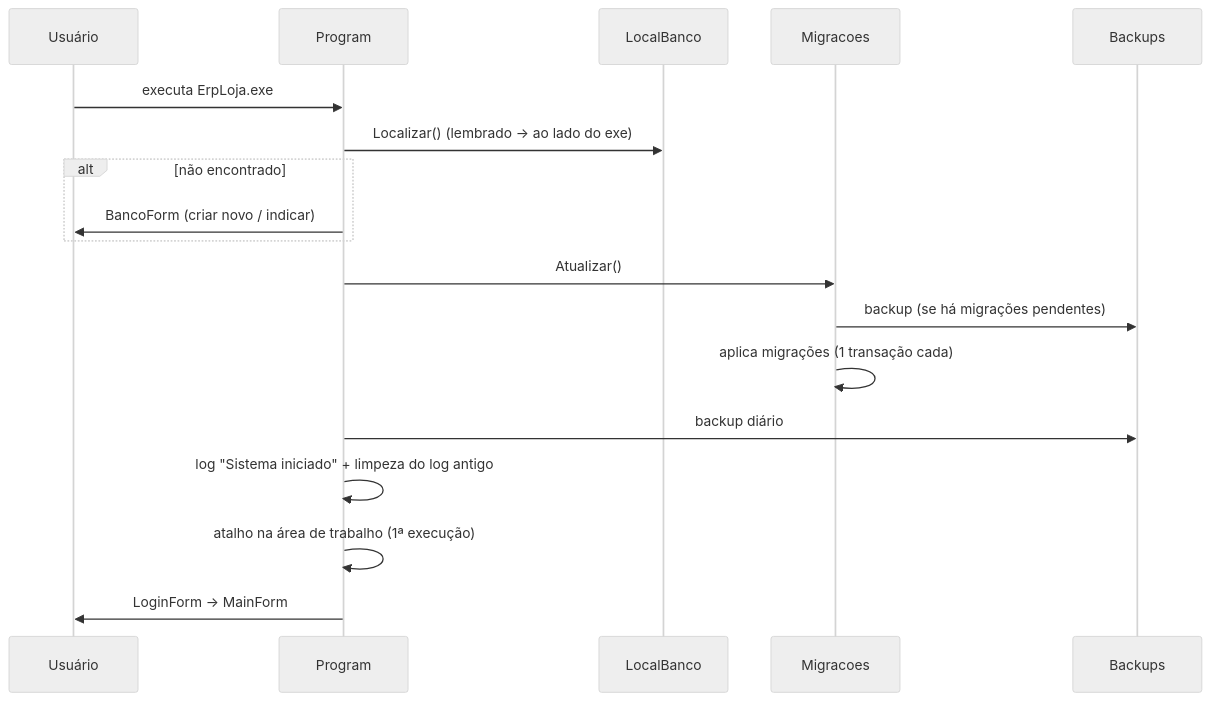
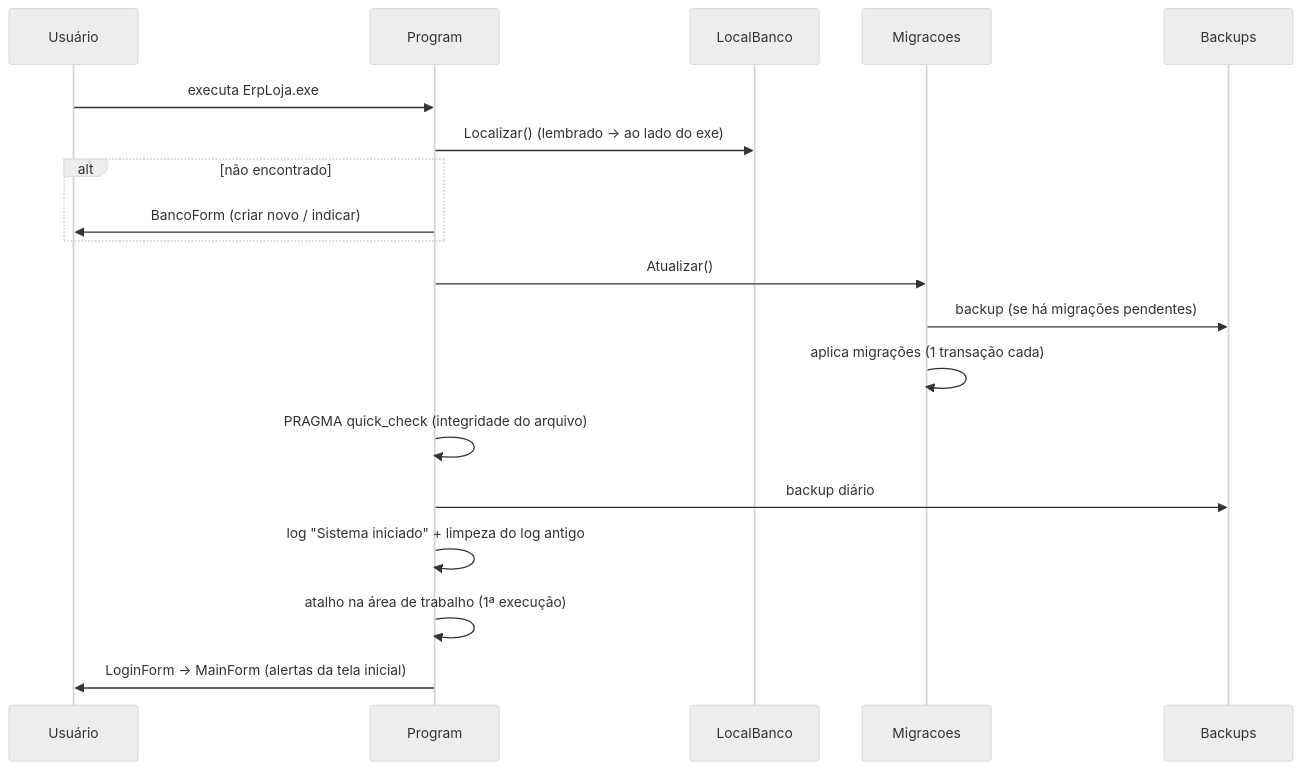
One commit to thales-fratarcangeli/erp_completo changed the fourth of 5 diagrams in docs/05-arquitetura.md. Above: the diagram before and after it, drawn with Mermaid (neutral theme). The commit also changed other lines of this file and 37 other files, not shown here.

````diff
--- a/docs/05-arquitetura.md
+++ b/docs/05-arquitetura.md
@@ -103,20 +168,21 @@
 ```mermaid
 sequenceDiagram
     participant U as Usuário
     participant P as Program
     participant L as LocalBanco
     participant M as Migracoes
     participant B as Backups
     U->>P: executa ErpLoja.exe
     P->>L: Localizar() (lembrado → ao lado do exe)
     alt não encontrado
         P->>U: BancoForm (criar novo / indicar)
     end
     P->>M: Atualizar()
     M->>B: backup (se há migrações pendentes)
     M->>M: aplica migrações (1 transação cada)
+    P->>P: PRAGMA quick_check (integridade do arquivo)
     P->>B: backup diário
     P->>P: log "Sistema iniciado" + limpeza do log antigo
     P->>P: atalho na área de trabalho (1ª execução)
-    P->>U: LoginForm → MainForm
+    P->>U: LoginForm → MainForm (alertas da tela inicial)
 ```
````
